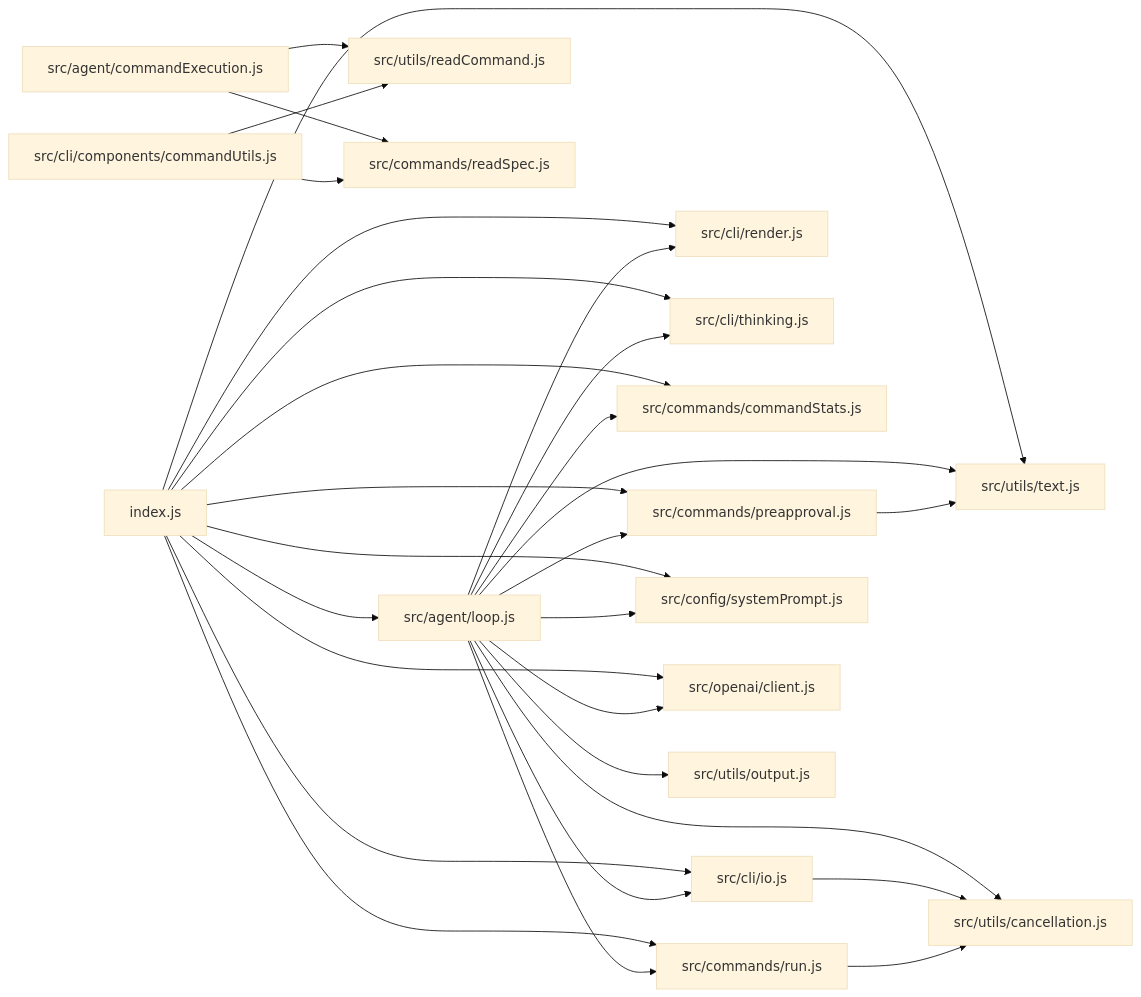
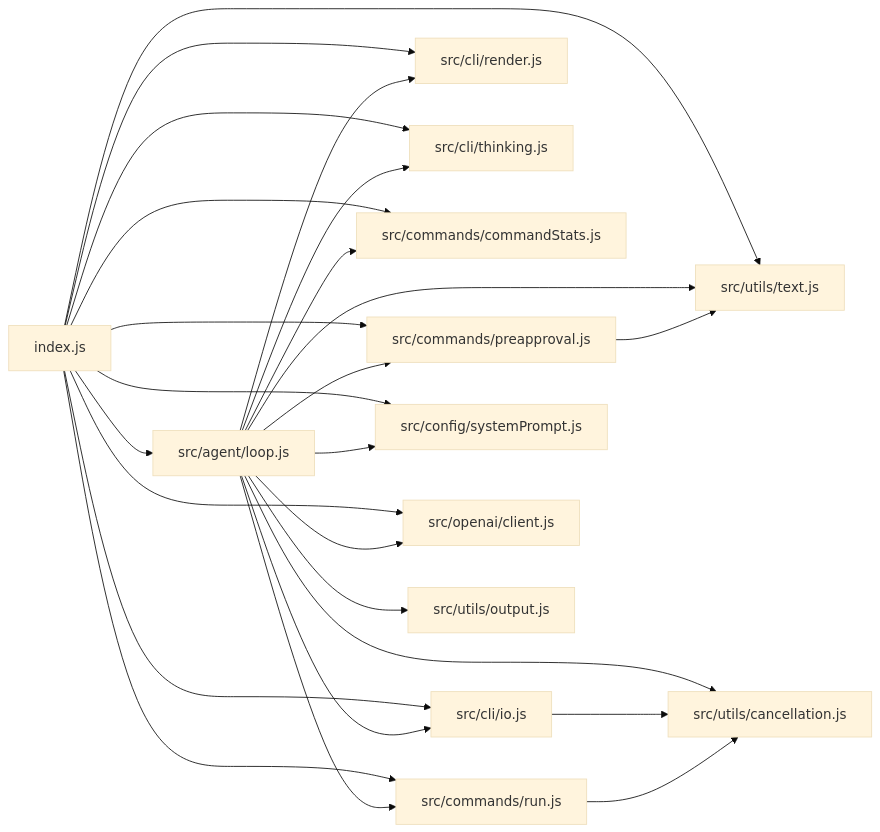
The diagram in docs/js-dependency-graph.md (asynkron/OpenAgent), drawn with Mermaid (base theme) before and after one commit. The commit also changed 22 other files, not shown here.

Commit message:
Remove read command helper and update docs

````diff
--- a/docs/js-dependency-graph.md
+++ b/docs/js-dependency-graph.md
@@ -5,31 +5,27 @@
 ```mermaid
 graph LR
   index_js["index.js"] --> src_agent_loop_js["src/agent/loop.js"]
   index_js --> src_cli_io_js["src/cli/io.js"]
   index_js --> src_cli_render_js["src/cli/render.js"]
   index_js --> src_cli_thinking_js["src/cli/thinking.js"]
   index_js --> src_commands_commandStats_js["src/commands/commandStats.js"]
   index_js --> src_commands_preapproval_js["src/commands/preapproval.js"]
   index_js --> src_commands_run_js["src/commands/run.js"]
   index_js --> src_config_systemPrompt_js["src/config/systemPrompt.js"]
   index_js --> src_openai_client_js["src/openai/client.js"]
   index_js --> src_utils_text_js["src/utils/text.js"]
   src_agent_loop_js --> src_cli_io_js
   src_agent_loop_js --> src_cli_render_js
   src_agent_loop_js --> src_cli_thinking_js
   src_agent_loop_js --> src_commands_commandStats_js
   src_agent_loop_js --> src_commands_preapproval_js
   src_agent_loop_js --> src_commands_run_js
   src_agent_loop_js --> src_config_systemPrompt_js
   src_agent_loop_js --> src_openai_client_js
   src_agent_loop_js --> src_utils_cancellation_js["src/utils/cancellation.js"]
   src_agent_loop_js --> src_utils_output_js["src/utils/output.js"]
   src_agent_loop_js --> src_utils_text_js
   src_cli_io_js --> src_utils_cancellation_js
   src_commands_preapproval_js --> src_utils_text_js
-  src_agent_commandExecution_js["src/agent/commandExecution.js"] --> src_utils_readCommand_js["src/utils/readCommand.js"]
-  src_agent_commandExecution_js --> src_commands_readSpec_js["src/commands/readSpec.js"]
-  src_cli_components_commandUtils_js["src/cli/components/commandUtils.js"] --> src_utils_readCommand_js
-  src_cli_components_commandUtils_js --> src_commands_readSpec_js
   src_commands_run_js --> src_utils_cancellation_js
 ```
````
